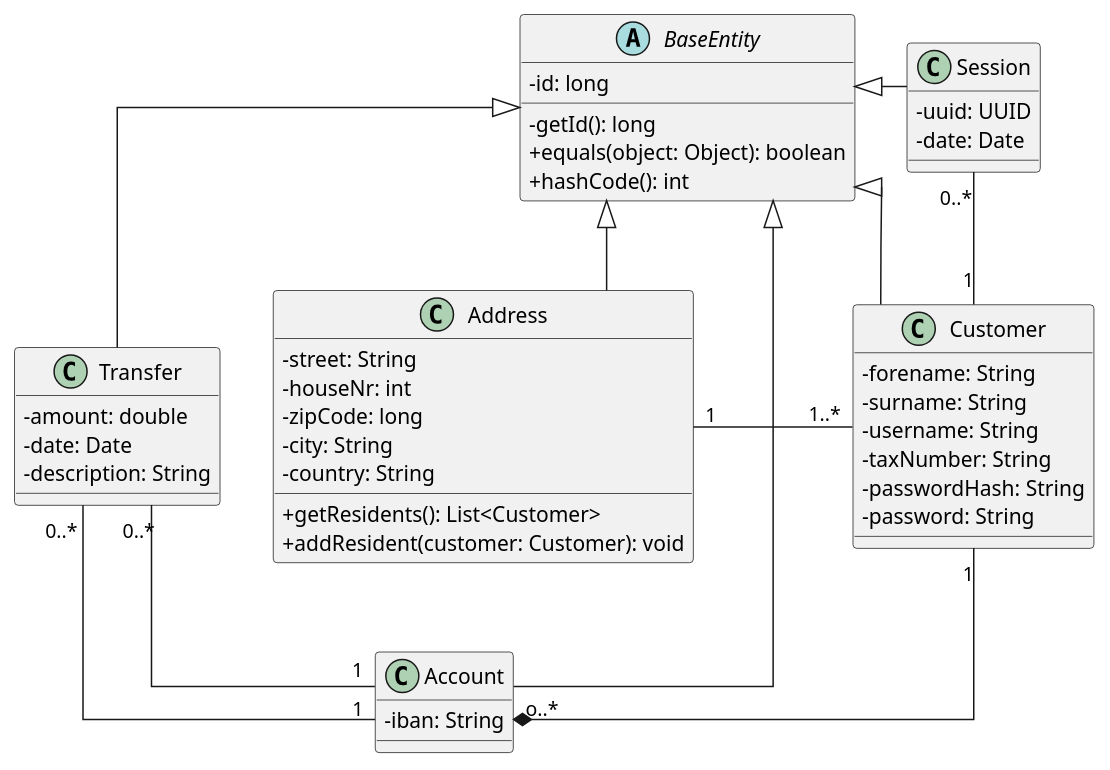
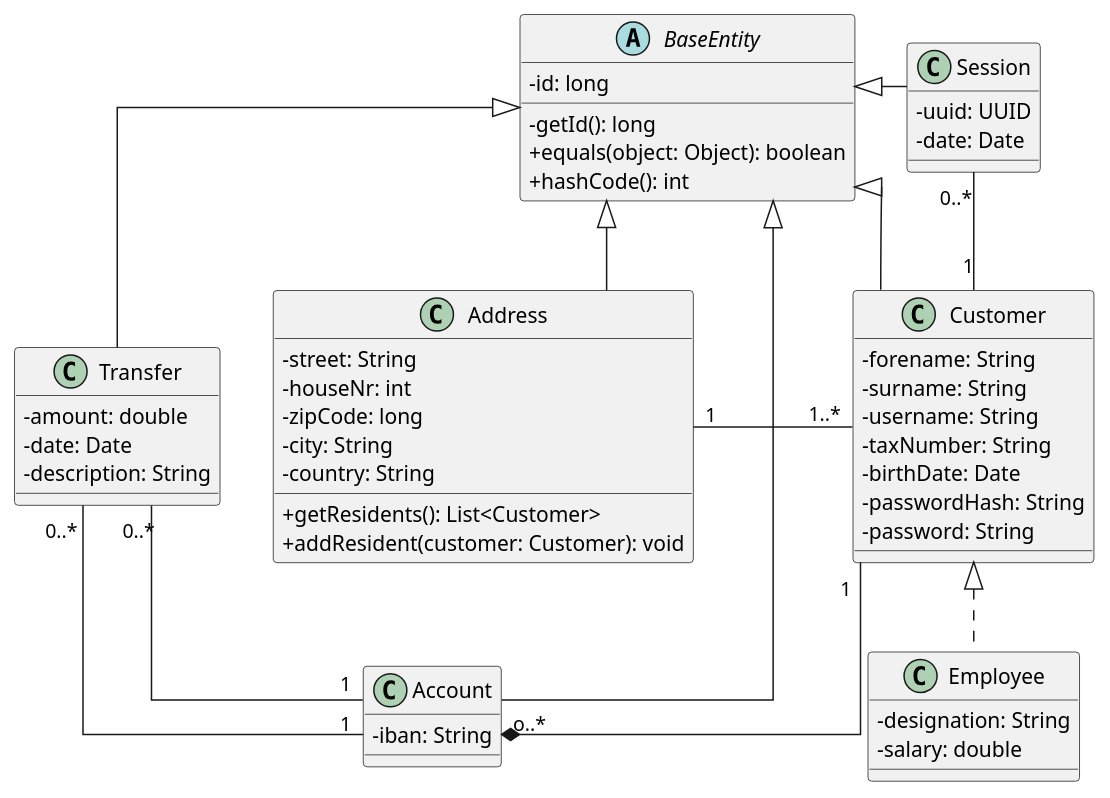
Before and after one commit to SteffBauer/sw_project: the diagram in documentation/diagrams/DiagramClass_BankingService.puml, drawn with PlantUML.

Commit message:
added employee to class diagram

```diff
--- a/documentation/diagrams/DiagramClass_BankingService.puml
+++ b/documentation/diagrams/DiagramClass_BankingService.puml
@@ -1,64 +1,72 @@
 @startuml
 skinparam classAttributeIconSize 0
 skinparam linetype ortho
 
 ' Declare Classes
 abstract class BaseEntity{
    - id: long
    - getId(): long
    + equals(object: Object): boolean
    + hashCode(): int
 }
 
 class Account{
   - iban: String
 }
 
 class Address{
   - street: String
   - houseNr: int
   - zipCode: long
   - city: String
   - country: String
   + getResidents(): List<Customer>
   + addResident(customer: Customer): void
 }
 
 class Customer{
   - forename: String
   - surname: String
   - username: String
   - taxNumber: String
+  - birthDate: Date
   - passwordHash: String
   - password: String
+}
+
+class Employee{
+   - designation: String
+   - salary: double
 }
 
 class Session{
   - uuid: UUID
   - date: Date
 }
 
 class Transfer{
   - amount: double
   - date: Date
   - description: String
 }
 
 
 ' Declare relationship of classes
 Session "0..*" -- "1" Customer
 Customer "1" --* "o..*" Account
 Address "1" - "1..*" Customer
 Transfer "0..*" - "1" Account
 Transfer "0..*" - "1" Account
 
 BaseEntity <|-- Account
 BaseEntity <|-- Address
 BaseEntity <|-- Customer
 BaseEntity <|-- Session
 BaseEntity <|-- Transfer
 
+Customer <|.. Employee
+
 BaseEntity -[hidden]> Session
 Transfer -[hidden]> Address
 
 @enduml
```
